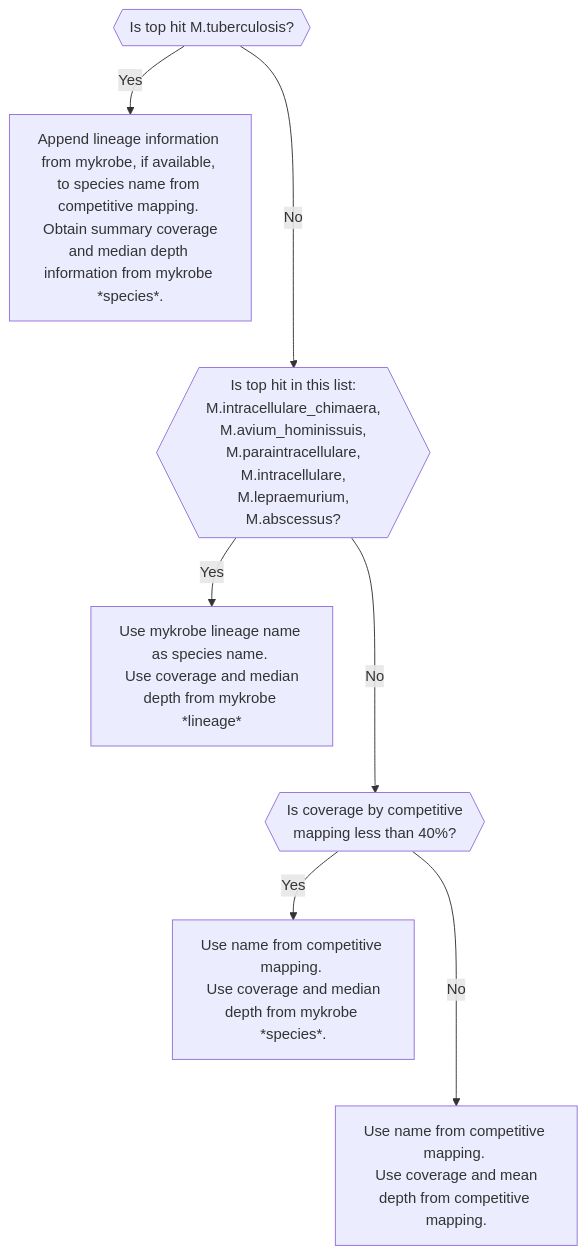
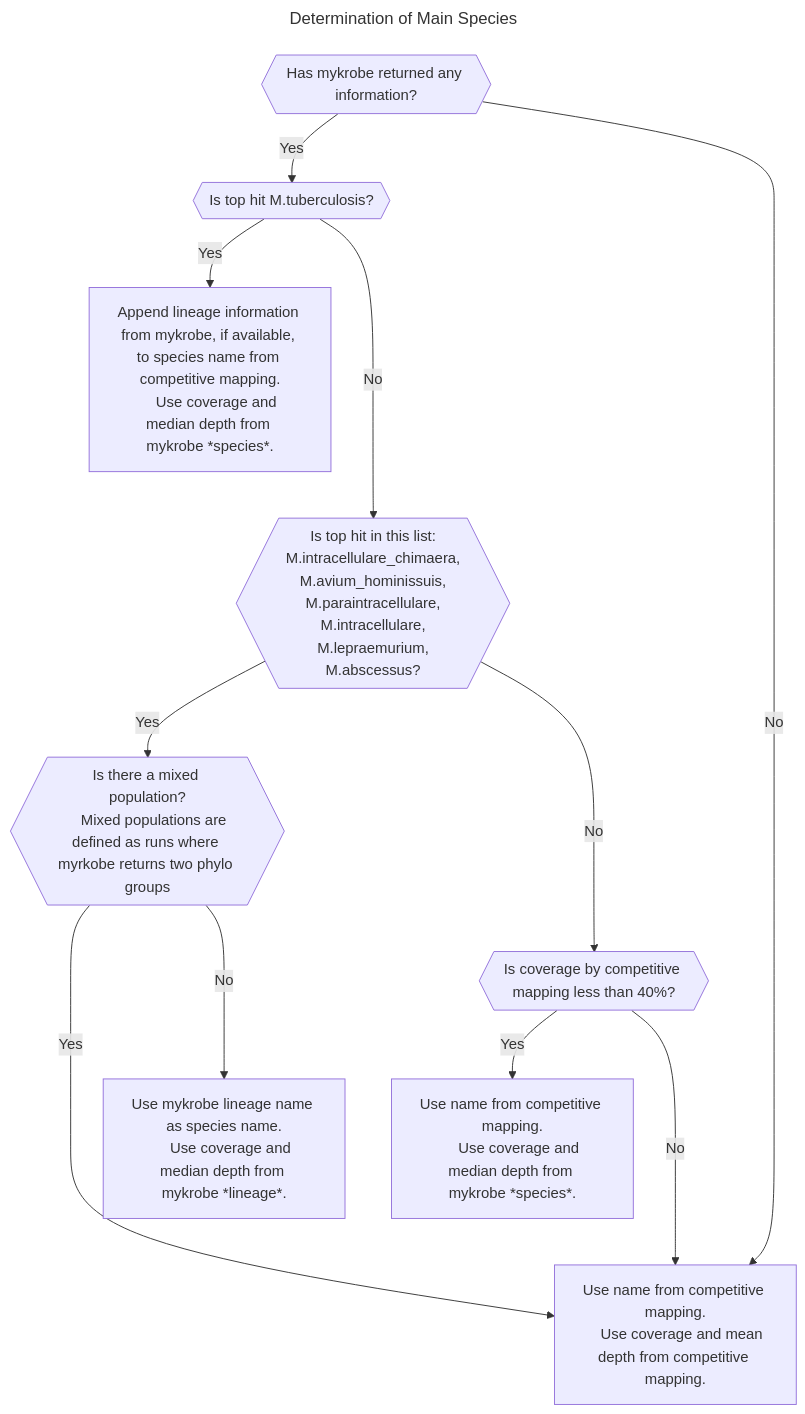
The diagram in speciation.md (softwaremmm/summary_pipeline), drawn with Mermaid before and after one commit.

Commit message:
docs: Refine speciation flowchart

````diff
--- a/speciation.md
+++ b/speciation.md
@@ -1,24 +1,49 @@
 ```mermaid
+---
+title: Determination of Main Species
+---
 graph TD
+    MYKROBE_RETURN{{Has mykrobe returned any information?}}
+
+    ALL_CM[Use name from competitive mapping.
+    Use coverage and mean depth from competitive mapping.]
+
     TOPHIT_TB{{Is top hit <it>M.tuberculosis</it>?}}
 
-    PROCESS_TB[Append lineage information from mykrobe, if available, to species name from competitive mapping. <br> Obtain summary coverage and median depth information from mykrobe *species*.]
+    PROCESS_TB[Append lineage information from mykrobe, if available, to species name from competitive mapping.
+    Use coverage and median depth from mykrobe *species*.]
 
-    TOPHIT_NTM{{Is top hit in this list:<br/> M.intracellulare_chimaera,<br/> M.avium_hominissuis,<br/> M.paraintracellulare,<br/> M.intracellulare,<br/> M.lepraemurium,<br/> M.abscessus?}}
+    TOPHIT_SPECIAL_NTM{{Is top hit in this list:
+    M.intracellulare_chimaera,
+    M.avium_hominissuis,
+    M.paraintracellulare,
+    M.intracellulare,
+    M.lepraemurium,
+    M.abscessus?}}
 
-    PROCESS_NTM[Use mykrobe lineage name as species name. <br/> Use coverage and median depth from mykrobe *lineage*]
+    MIXED{{Is there a mixed population?
+    Mixed populations are defined as runs where myrkobe returns two phylo groups}}
 
-    LOW_COV{{Is coverage by competitive<br/> mapping less than 40%?}}
+    PROCESS_SPECIAL_NTM_UNMIXED[Use mykrobe lineage name as species name.
+    Use coverage and median depth from mykrobe *lineage*.]
 
-    PROCESS_LOW_COV[Use name from competitive mapping. <br/> Use coverage and median depth from mykrobe *species*.]
+    LOW_COV{{Is coverage by competitive mapping less than 40%?}}
 
-    PROCESS_ELSE[Use name from competitive mapping. <br/> Use coverage and mean depth from competitive mapping.]
+    PROCESS_LOW_COV[Use name from competitive mapping.
+    Use coverage and median depth from mykrobe *species*.]
+
+    MYKROBE_RETURN--Yes-->TOPHIT_TB
+    MYKROBE_RETURN--Noo-->ALL_CM
 
     TOPHIT_TB--Yes-->PROCESS_TB
-    TOPHIT_TB--Noo-->TOPHIT_NTM
-    TOPHIT_NTM--Yes-->PROCESS_NTM
-    TOPHIT_NTM--Noo-->LOW_COV
+    TOPHIT_TB--Noo-->TOPHIT_SPECIAL_NTM
+
+    TOPHIT_SPECIAL_NTM--Yes-->MIXED
+    MIXED--Yes-->ALL_CM
+    MIXED--Noo-->PROCESS_SPECIAL_NTM_UNMIXED
+    TOPHIT_SPECIAL_NTM--Noo-->LOW_COV
+
     LOW_COV--Yes-->PROCESS_LOW_COV
-    LOW_COV--Noo-->PROCESS_ELSE
+    LOW_COV--Noo-->ALL_CM
 
 ```
````
